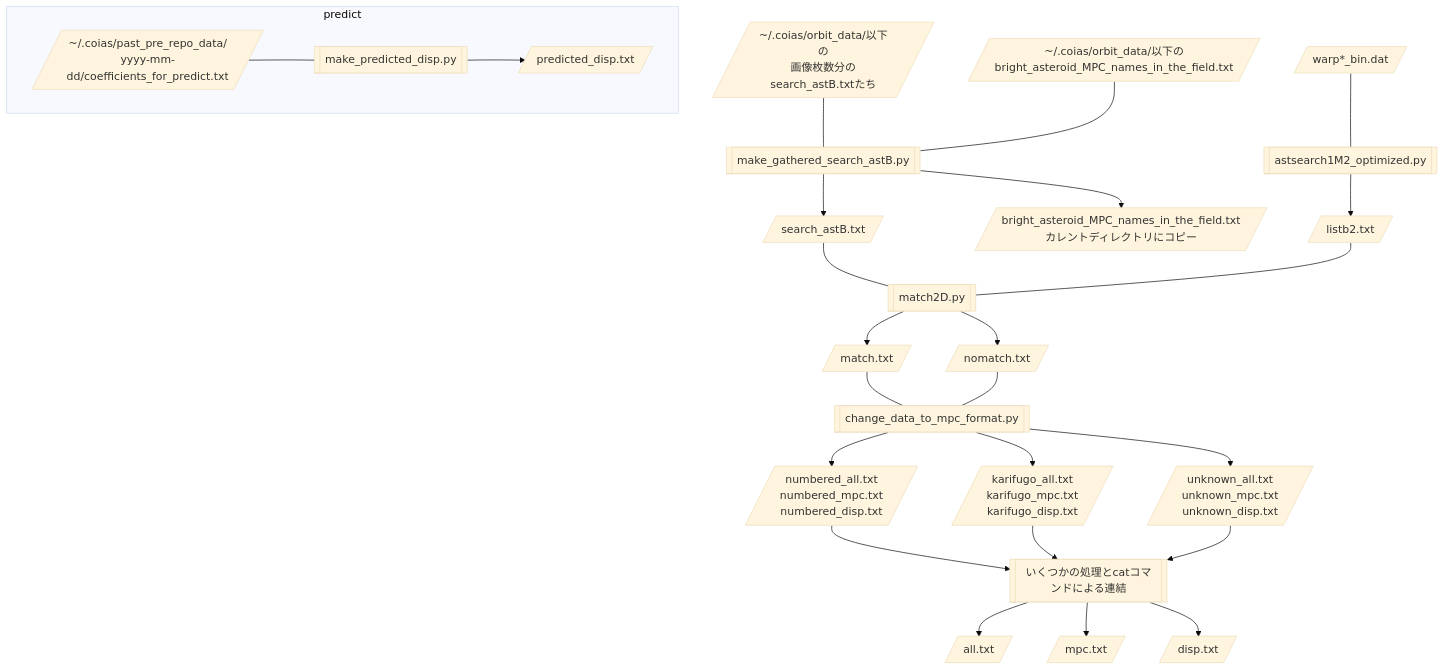
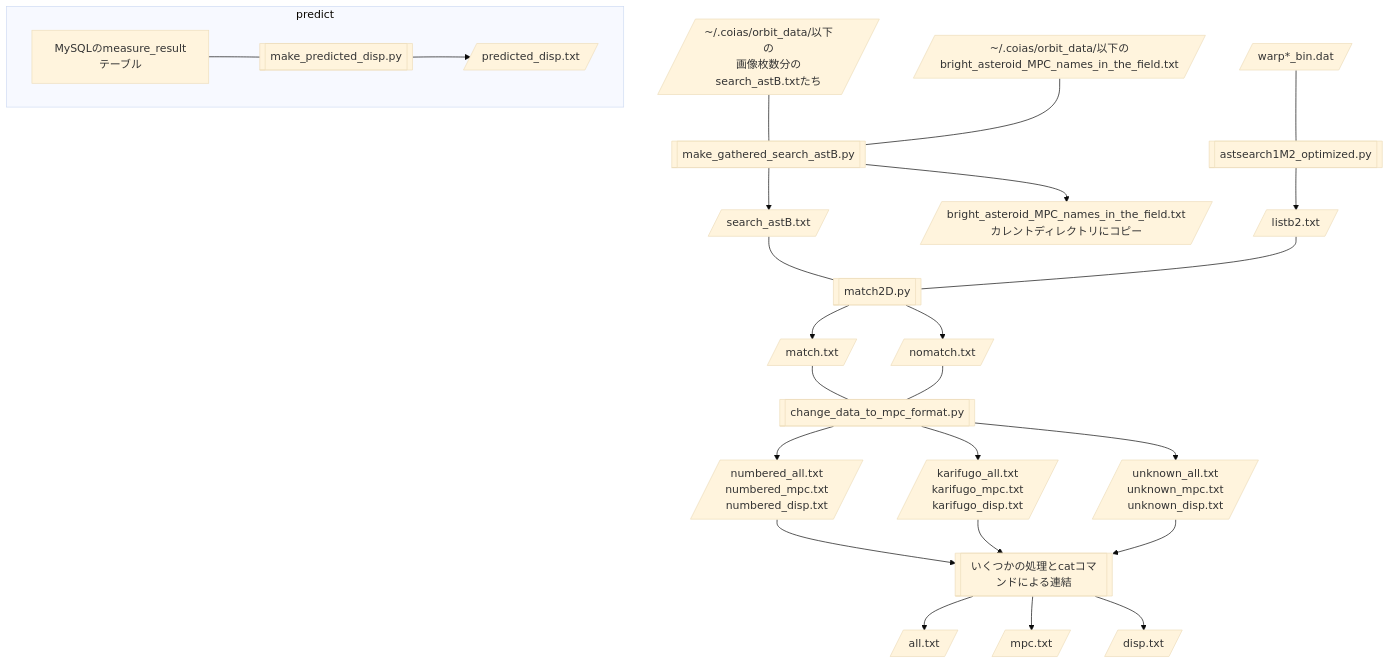
The diagram in flowcharts/flowchart4-astsearch_new.md (COIAS-program/COIAS_program_github), drawn with Mermaid (base theme) before and after one commit. The commit also changed 4 other files, not shown here.

Commit message:
make_predicted_disp.pyをmeasure_resultテーブルのデータから作成するようにした。また遅い天体に関しては、遅ければ遅いほど遠い日付でも予測円の表示対象になるようにした。

```````diff
--- a/flowcharts/flowchart4-astsearch_new.md
+++ b/flowcharts/flowchart4-astsearch_new.md
@@ -3,51 +3,51 @@
 ```mermaid
 flowchart TD
     A[/"~"/.coias/orbit_data/以下の\n画像枚数分のsearch_astB.txtたち/] --- B[[make_gathered_search_astB.py]]
     C[/"~"/.coias/orbit_data/以下の\nbright_asteroid_MPC_names_in_the_field.txt/] --- B
     B --> D[/search_astB.txt/]
     B --> E[/bright_asteroid_MPC_names_in_the_field.txt\nカレントディレクトリにコピー/]
     D --- F[[match2D.py]]
     G[/warp*_bin.dat/] --- H[[astsearch1M2_optimized.py]]
     H --> I[/listb2.txt/]
     I --- F
     F --> J[/match.txt/]
     F --> K[/nomatch.txt/]
     J --- L[[change_data_to_mpc_format.py]]
     K --- L
     L --> M[/numbered_all.txt\nnumbered_mpc.txt\nnumbered_disp.txt/]
     L --> N[/karifugo_all.txt\nkarifugo_mpc.txt\nkarifugo_disp.txt/]
     L --> O[/unknown_all.txt\nunknown_mpc.txt\nunknown_disp.txt/]
     M --> P[[いくつかの処理とcatコマンドによる連結]]
     N --> P
     O --> P
     P --> Q[/all.txt/]
     P --> R[/mpc.txt/]
     P --> S[/disp.txt/]
 
     subgraph predict
-        A1[/"~"/.coias/past_pre_repo_data/\nyyyy-mm-dd/coefficients_for_predict.txt/] --- B1[[make_predicted_disp.py]]
+        A1[MySQLのmeasure_resultテーブル] --- B1[[make_predicted_disp.py]]
         B1 --> C1[/predicted_disp.txt/]
     end
 
     click B "https://github.com/COIAS-program/COIAS_program_github/blob/main/src5_astsearch_new/make_gathered_search_astB.py"
     click F "https://github.com/COIAS-program/COIAS_program_github/blob/main/src5_astsearch_new/match2D.py"
     click H "https://github.com/COIAS-program/COIAS_program_github/blob/main/src5_astsearch_new/astsearch1M2_optimized.py"
     click L "https://github.com/COIAS-program/COIAS_program_github/blob/main/src5_astsearch_new/change_data_to_mpc_format.py"
     click B1 "https://github.com/COIAS-program/COIAS_program_github/blob/main/src5_astsearch_new/make_predicted_disp.py"
     
     click A "https://github.com/COIAS-program/COIAS_program_github/blob/main/flowcharts/sample3/search_astB.txt"
     click C "https://github.com/COIAS-program/COIAS_program_github/blob/main/flowcharts/sample2/bright_asteroid_MPC_names_in_the_field.txt"
     click D "https://github.com/COIAS-program/COIAS_program_github/blob/main/flowcharts/sample4/search_astB.txt"
     click G "https://github.com/COIAS-program/COIAS_program_github/blob/main/flowcharts/sample1/warp01_bin.dat"
     click I "https://github.com/COIAS-program/COIAS_program_github/blob/main/flowcharts/sample4/listb2.txt"
     click J "https://github.com/COIAS-program/COIAS_program_github/blob/main/flowcharts/sample4/match.txt"
     click K "https://github.com/COIAS-program/COIAS_program_github/blob/main/flowcharts/sample4/nomatch.txt"
     click M "https://github.com/COIAS-program/COIAS_program_github/blob/main/flowcharts/sample4/numbered_all_mpc_disp.txt"
     click N "https://github.com/COIAS-program/COIAS_program_github/blob/main/flowcharts/sample4/karifugo_all_mpc_disp.txt"
     click O "https://github.com/COIAS-program/COIAS_program_github/blob/main/flowcharts/sample4/unknown_all_mpc_disp.txt"
     click Q "https://github.com/COIAS-program/COIAS_program_github/blob/main/flowcharts/sample4/all.txt"
     click R "https://github.com/COIAS-program/COIAS_program_github/blob/main/flowcharts/sample4/mpc.txt"
     click S "https://github.com/COIAS-program/COIAS_program_github/blob/main/flowcharts/sample4/disp.txt"
     click A1 "https://github.com/COIAS-program/COIAS_program_github/blob/main/flowcharts/sample7/coefficients_for_predict.txt"
     click C1 "https://github.com/COIAS-program/COIAS_program_github/blob/main/flowcharts/sample4/predicted_disp.txt"
 ``````
```````
